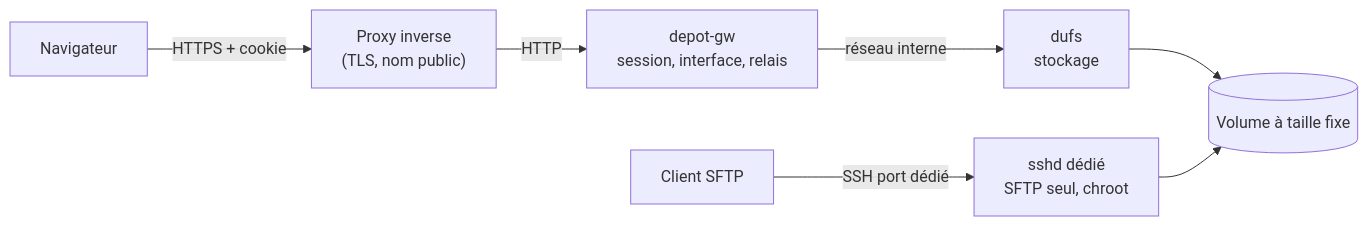
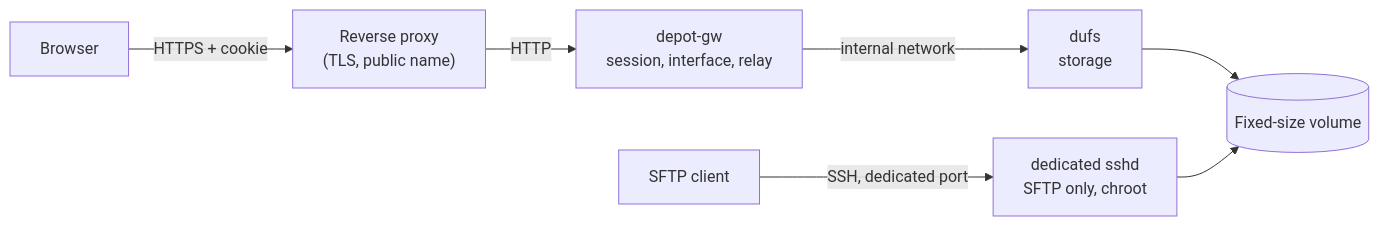
The diagram in README.md (timiliris/depot-fichiers), drawn with Mermaid before and after one commit. The commit also changed other lines of this file and 24 other files, not shown here.

````diff
--- a/README.md
+++ b/README.md
@@ -50,9 +50,9 @@
 ```mermaid
 flowchart LR
-    N["Navigateur"] -->|"HTTPS + cookie"| P["Proxy inverse<br/>(TLS, nom public)"]
-    P -->|HTTP| G["depot-gw<br/>session, interface, relais"]
-    G -->|"réseau interne"| D["dufs<br/>stockage"]
-    S["Client SFTP"] -->|"SSH port dédié"| H["sshd dédié<br/>SFTP seul, chroot"]
-    D --> V[("Volume à taille fixe")]
+    N["Browser"] -->|"HTTPS + cookie"| P["Reverse proxy<br/>(TLS, public name)"]
+    P -->|HTTP| G["depot-gw<br/>session, interface, relay"]
+    G -->|"internal network"| D["dufs<br/>storage"]
+    S["SFTP client"] -->|"SSH, dedicated port"| H["dedicated sshd<br/>SFTP only, chroot"]
+    D --> V[("Fixed-size volume")]
     H --> V
 ```
````
